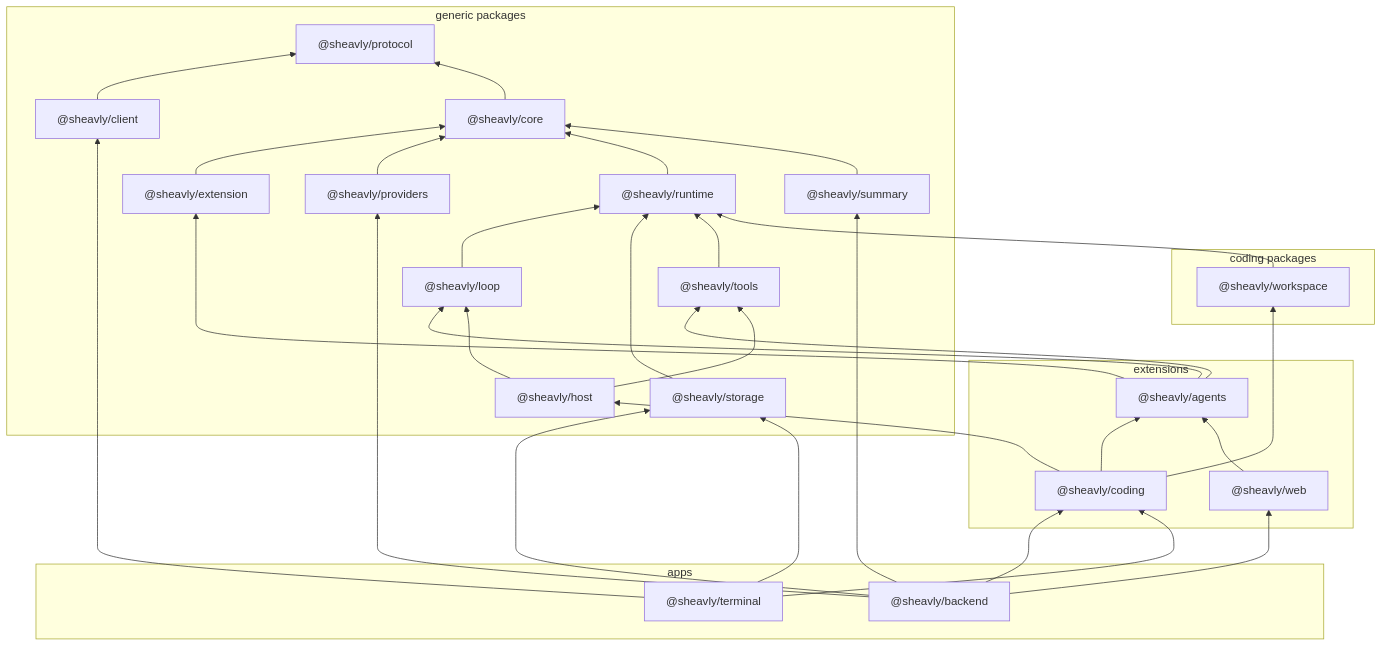
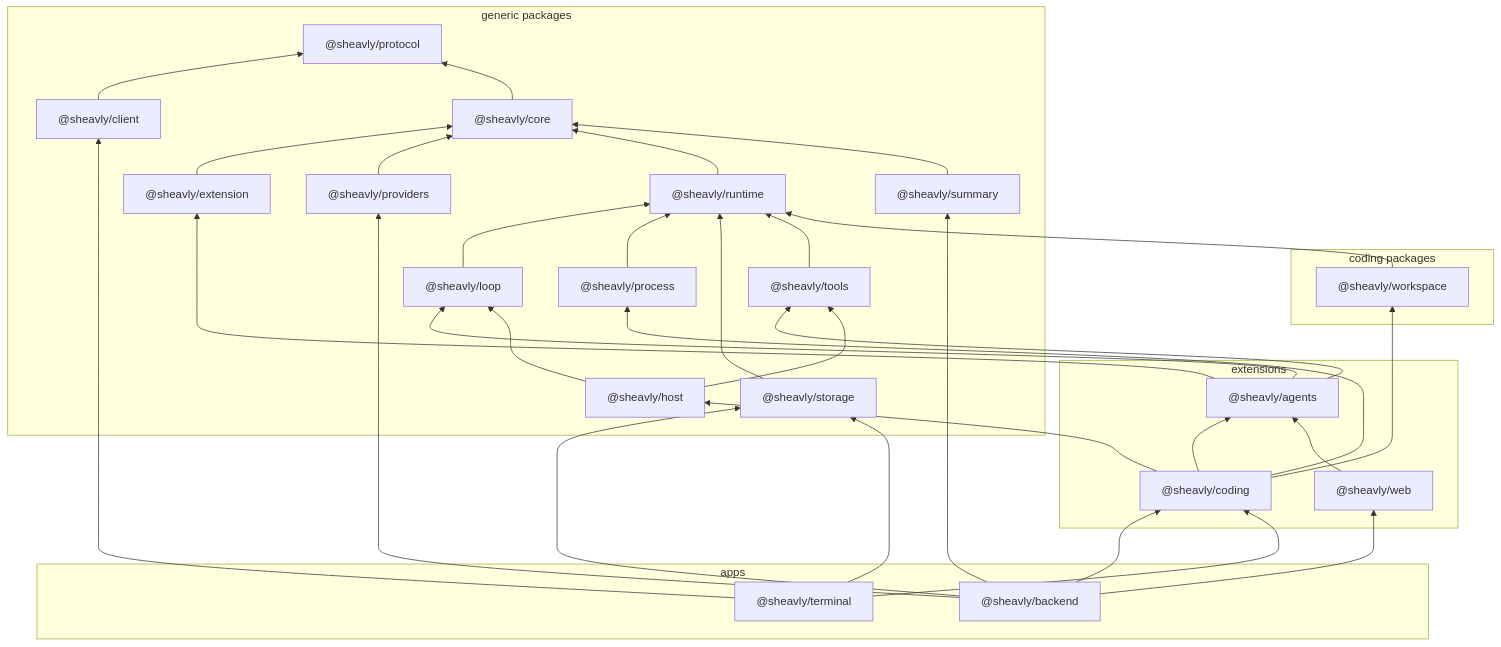
Before and after one commit to Sheavly/code: the diagram in docs/overview.md, drawn with Mermaid. The commit also changed other lines of this file and 66 other files, not shown here.

````diff
--- a/docs/overview.md
+++ b/docs/overview.md
@@ -35,55 +35,58 @@
 ```mermaid
 flowchart BT
   subgraph group_generic ["generic packages"]
     client["@sheavly/client"]
     core["@sheavly/core"]
     extension["@sheavly/extension"]
     host["@sheavly/host"]
     loop["@sheavly/loop"]
+    process["@sheavly/process"]
     protocol["@sheavly/protocol"]
     providers["@sheavly/providers"]
     runtime["@sheavly/runtime"]
     storage["@sheavly/storage"]
     summary["@sheavly/summary"]
     tools["@sheavly/tools"]
   end
   subgraph group_coding ["coding packages"]
     workspace["@sheavly/workspace"]
   end
   subgraph group_extensions ["extensions"]
     agents["@sheavly/agents"]
     coding["@sheavly/coding"]
     web["@sheavly/web"]
   end
   subgraph group_apps ["apps"]
     backend["@sheavly/backend"]
     terminal["@sheavly/terminal"]
   end
   agents --> extension
   agents --> loop
   agents --> tools
   backend --> coding
   backend --> providers
   backend --> storage
   backend --> summary
   backend --> web
   client --> protocol
   coding --> agents
   coding --> host
+  coding --> process
   coding --> workspace
   core --> protocol
   extension --> core
   host --> loop
   host --> tools
   loop --> runtime
+  process --> runtime
   providers --> core
   runtime --> core
   storage --> runtime
   summary --> core
   terminal --> client
   terminal --> coding
   terminal --> storage
   tools --> runtime
   web --> agents
   workspace --> runtime
 ```
````
